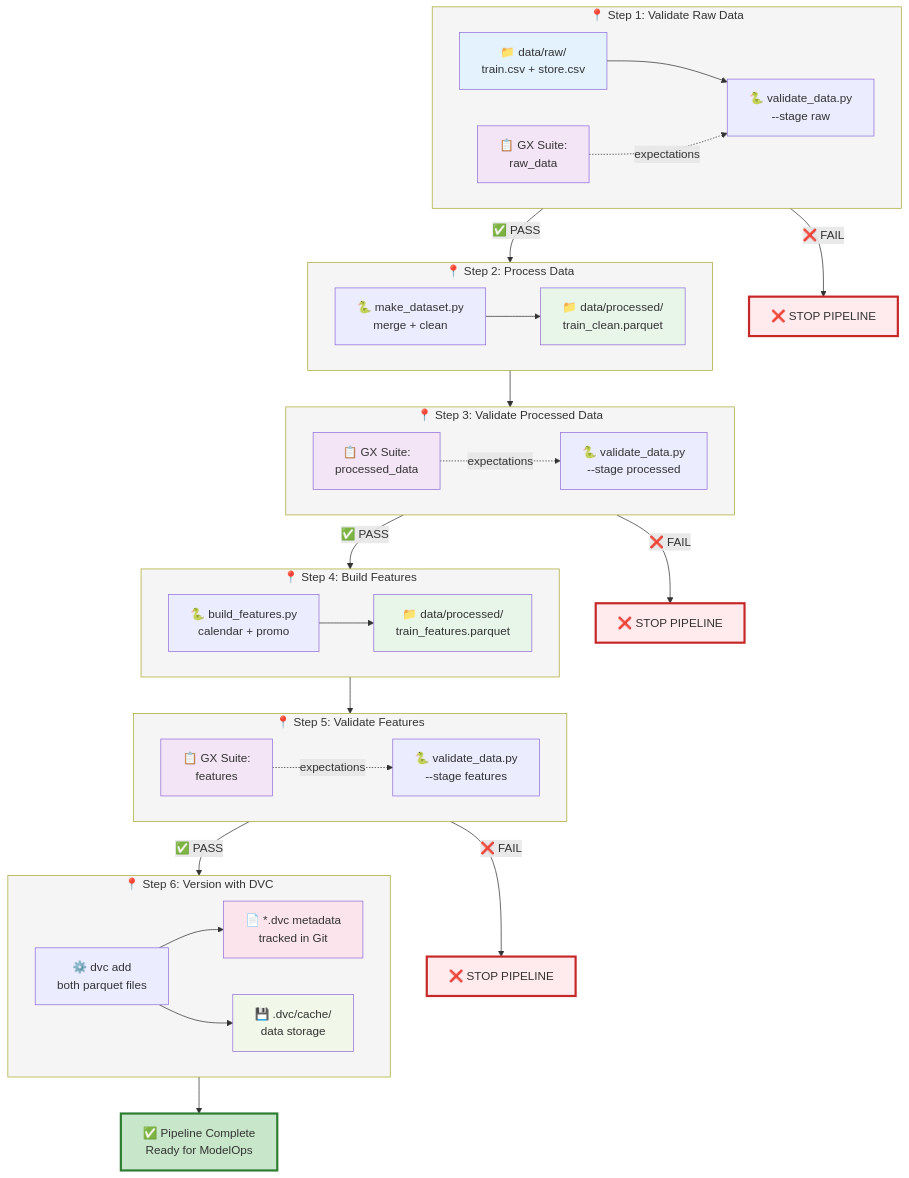
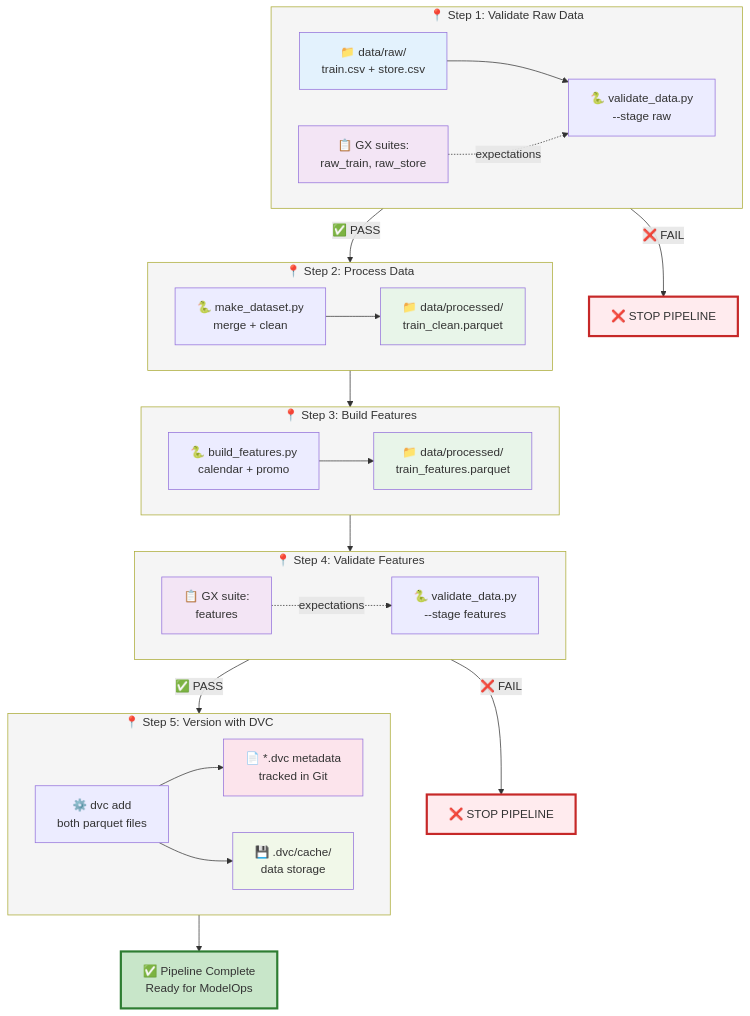
One commit to bradleyboehmke/uc-bana-7075-reference-system changed the diagram in docs/dataops/steps.md. Above: the diagram before and after it, drawn with Mermaid. The commit also changed other lines of this file and 35 other files, not shown here.

````diff
--- a/docs/dataops/steps.md
+++ b/docs/dataops/steps.md
@@ -244,82 +219,69 @@
 ```mermaid
 flowchart TB
     subgraph Step1["📍 Step 1: Validate Raw Data"]
         direction LR
         R1[📁 data/raw/<br/>train.csv + store.csv]
-        GX1[📋 GX Suite:<br/>raw_data]
+        GX1[📋 GX suites:<br/>raw_train, raw_store]
         V1[🐍 validate_data.py<br/>--stage raw]
         R1 --> V1
         GX1 -.expectations.-> V1
     end
 
     V1 -->|✅ PASS| Step2
     V1 -->|❌ FAIL| Stop1[❌ STOP PIPELINE]
 
     subgraph Step2["📍 Step 2: Process Data"]
         direction LR
         P1[🐍 make_dataset.py<br/>merge + clean]
         OUT1[📁 data/processed/<br/>train_clean.parquet]
         P1 --> OUT1
     end
 
     OUT1 --> Step3
 
-    subgraph Step3["📍 Step 3: Validate Processed Data"]
-        direction LR
-        GX2[📋 GX Suite:<br/>processed_data]
-        V2[🐍 validate_data.py<br/>--stage processed]
-        GX2 -.expectations.-> V2
-    end
-
-    V2 -->|✅ PASS| Step4
-    V2 -->|❌ FAIL| Stop2[❌ STOP PIPELINE]
-
-    subgraph Step4["📍 Step 4: Build Features"]
+    subgraph Step3["📍 Step 3: Build Features"]
         direction LR
         F1[🐍 build_features.py<br/>calendar + promo]
         OUT2[📁 data/processed/<br/>train_features.parquet]
         F1 --> OUT2
     end
 
-    OUT2 --> Step5
+    OUT2 --> Step4
 
-    subgraph Step5["📍 Step 5: Validate Features"]
+    subgraph Step4["📍 Step 4: Validate Features"]
         direction LR
-        GX3[📋 GX Suite:<br/>features]
+        GX3[📋 GX suite:<br/>features]
         V3[🐍 validate_data.py<br/>--stage features]
         GX3 -.expectations.-> V3
     end
 
-    V3 -->|✅ PASS| Step6
+    V3 -->|✅ PASS| Step5
     V3 -->|❌ FAIL| Stop3[❌ STOP PIPELINE]
 
-    subgraph Step6["📍 Step 6: Version with DVC"]
+    subgraph Step5["📍 Step 5: Version with DVC"]
         direction LR
         DVC1[⚙️ dvc add<br/>both parquet files]
         META1[📄 *.dvc metadata<br/>tracked in Git]
         CACHE1[💾 .dvc/cache/<br/>data storage]
         DVC1 --> META1
         DVC1 --> CACHE1
     end
 
-    Step6 --> Success[✅ Pipeline Complete<br/>Ready for ModelOps]
+    Step5 --> Success[✅ Pipeline Complete<br/>Ready for ModelOps]
 
     style Stop1 fill:#ffebee,stroke:#c62828,stroke-width:3px
-    style Stop2 fill:#ffebee,stroke:#c62828,stroke-width:3px
     style Stop3 fill:#ffebee,stroke:#c62828,stroke-width:3px
     style R1 fill:#e3f2fd
     style OUT1 fill:#e8f5e9
     style OUT2 fill:#e8f5e9
     style GX1 fill:#f3e5f5
-    style GX2 fill:#f3e5f5
     style GX3 fill:#f3e5f5
     style META1 fill:#fce4ec
     style CACHE1 fill:#f1f8e9
     style Success fill:#c8e6c9,stroke:#2e7d32,stroke-width:3px
     style Step1 fill:#f5f5f5
     style Step2 fill:#f5f5f5
     style Step3 fill:#f5f5f5
     style Step4 fill:#f5f5f5
     style Step5 fill:#f5f5f5
-    style Step6 fill:#f5f5f5
 ```
````
